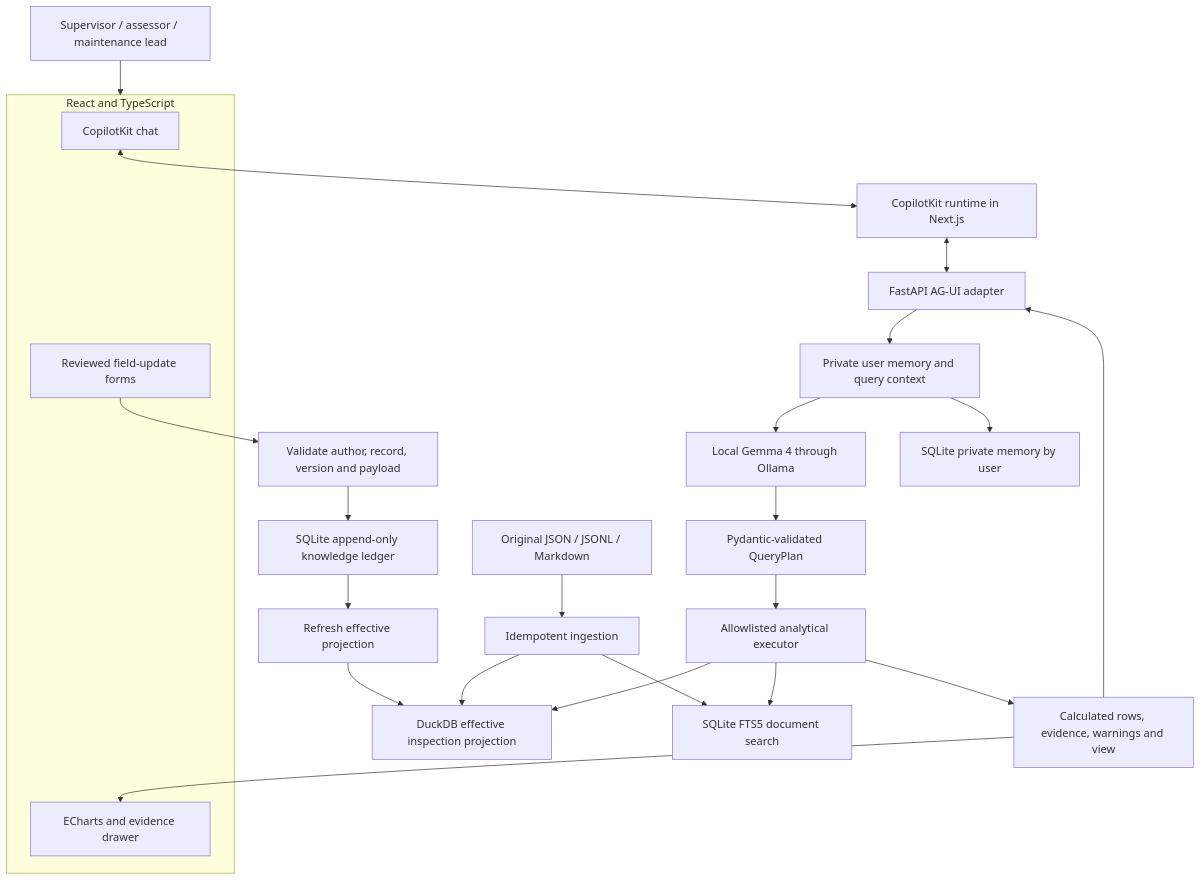
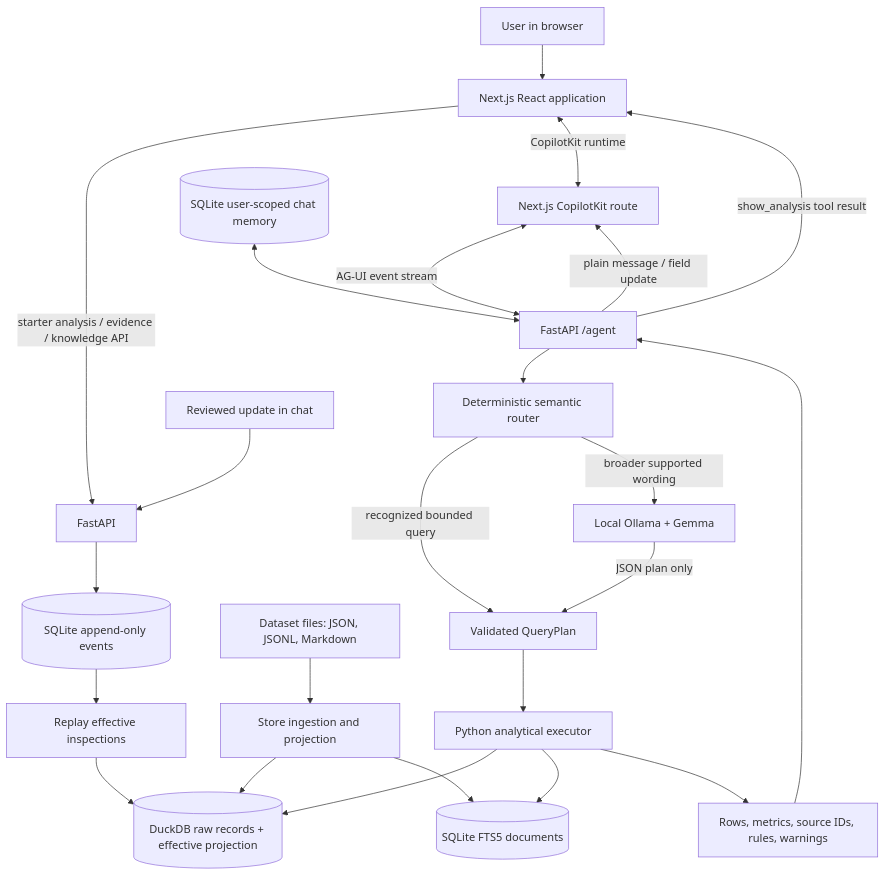
The first of 2 diagrams in docs/ARCHITECTURE.md (aroraanushri/digger), drawn with Mermaid before and after one commit. The commit also changed other lines of this file and 16 other files, not shown here.

````diff
--- a/docs/ARCHITECTURE.md
+++ b/docs/ARCHITECTURE.md
@@ -7,28 +43,26 @@
 ```mermaid
 flowchart TB
-    User[Supervisor / assessor / maintenance lead] --> UI
-    subgraph UI[React and TypeScript]
-      Chat[CopilotKit chat]
-      Forms[Reviewed field-update forms]
-      Charts[ECharts and evidence drawer]
-    end
-    Chat <--> Runtime[CopilotKit runtime in Next.js]
-    Runtime <--> AGUI[FastAPI AG-UI adapter]
-    AGUI --> Context[Private user memory and query context]
-    Context --> Model[Local Gemma 4 through Ollama]
-    Model --> Plan[Pydantic-validated QueryPlan]
-    Plan --> Executor[Allowlisted analytical executor]
-    Executor --> DB[DuckDB effective inspection projection]
-    Executor --> Retrieval[SQLite FTS5 document search]
-    Executor --> Results[Calculated rows, evidence, warnings and view]
-    Results --> AGUI
-    Results --> Charts
-    Forms --> Validate[Validate author, record, version and payload]
-    Validate --> Ledger[SQLite append-only knowledge ledger]
-    Ledger --> Refresh[Refresh effective projection]
-    Refresh --> DB
-    Sources[Original JSON / JSONL / Markdown] --> Ingest[Idempotent ingestion]
-    Ingest --> DB
-    Ingest --> Retrieval
-    Context --> Memory[SQLite private memory by user]
+  Person[User in browser] --> Web[Next.js React application]
+  Web -->|starter analysis / evidence / knowledge API| API[FastAPI]
+  Web <-->|CopilotKit runtime| CK[Next.js CopilotKit route]
+  CK <-->|AG-UI event stream| Agent[FastAPI /agent]
+  Agent --> Router[Deterministic semantic router]
+  Router -->|recognized bounded query| Plan[Validated QueryPlan]
+  Router -->|broader supported wording| Ollama[Local Ollama + Gemma]
+  Ollama -->|JSON plan only| Plan
+  Plan --> Analyze[Python analytical executor]
+  Analyze --> Duck[(DuckDB raw records + effective projection)]
+  Analyze --> SQLiteFTS[(SQLite FTS5 documents)]
+  Analyze --> Evidence[Rows, metrics, source IDs, rules, warnings]
+  Evidence --> Agent
+  Agent -->|show_analysis tool result| Web
+  Agent -->|plain message / field update| CK
+  Files[Dataset files: JSON, JSONL, Markdown] --> Ingest[Store ingestion and projection]
+  Ingest --> Duck
+  Ingest --> SQLiteFTS
+  Review[Reviewed update in chat] --> API
+  API --> Ledger[(SQLite append-only events)]
+  Ledger --> Refresh[Replay effective inspections]
+  Refresh --> Duck
+  Memory[(SQLite user-scoped chat memory)] <--> Agent
 ```
````
